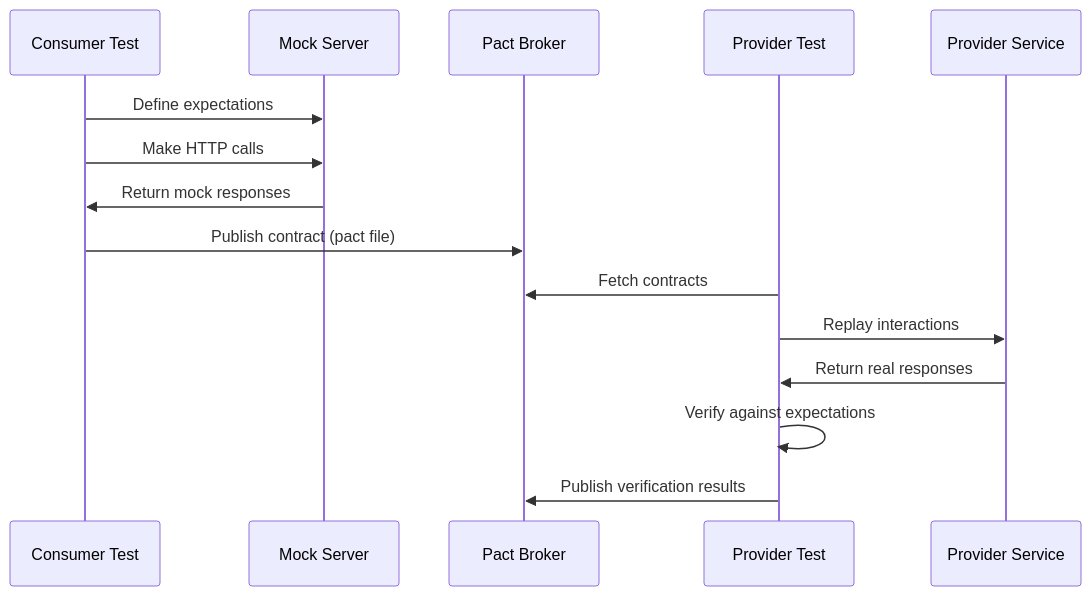
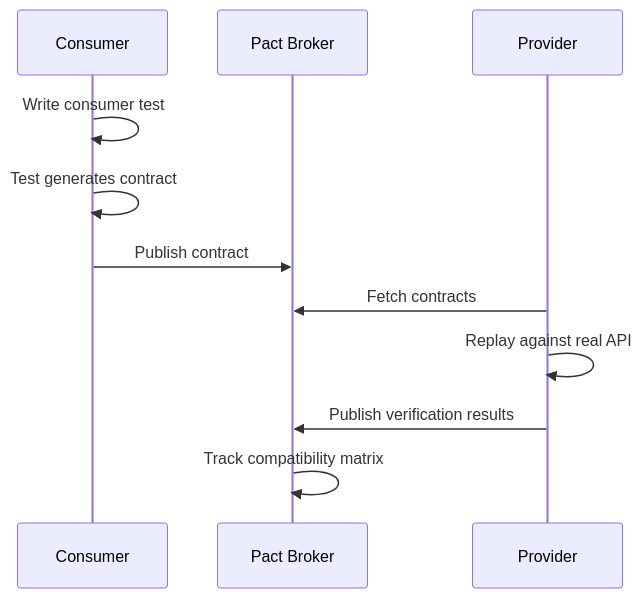
The first of 2 diagrams in src/content/articles/consumer-driven-contract-testing-pact-internal-apis/index.mdx (webstackdev/astro.webstackbuilders.com), drawn with Mermaid before and after one commit. The commit also changed other lines of this file and 6 other files, not shown here.

Commit message:
Add consumer-driven-contract-testing-pact-internal-apis article

````diff
--- a/src/content/articles/consumer-driven-contract-testing-pact-internal-apis/index.mdx
+++ b/src/content/articles/consumer-driven-contract-testing-pact-internal-apis/index.mdx
@@ -198,19 +57,14 @@
 ```mermaid
 sequenceDiagram
-    participant CT as Consumer Test
-    participant MS as Mock Server
-    participant PB as Pact Broker
-    participant PT as Provider Test
-    participant PS as Provider Service
+    participant C as Consumer
+    participant B as Pact Broker
+    participant P as Provider
 
-    CT->>MS: Define expectations
-    CT->>MS: Make HTTP calls
-    MS->>CT: Return mock responses
-    CT->>PB: Publish contract (pact file)
-
-    PT->>PB: Fetch contracts
-    PT->>PS: Replay interactions
-    PS->>PT: Return real responses
-    PT->>PT: Verify against expectations
-    PT->>PB: Publish verification results
+    C->>C: Write consumer test
+    C->>C: Test generates contract
+    C->>B: Publish contract
+    P->>B: Fetch contracts
+    P->>P: Replay against real API
+    P->>B: Publish verification results
+    B->>B: Track compatibility matrix
 ```
````
